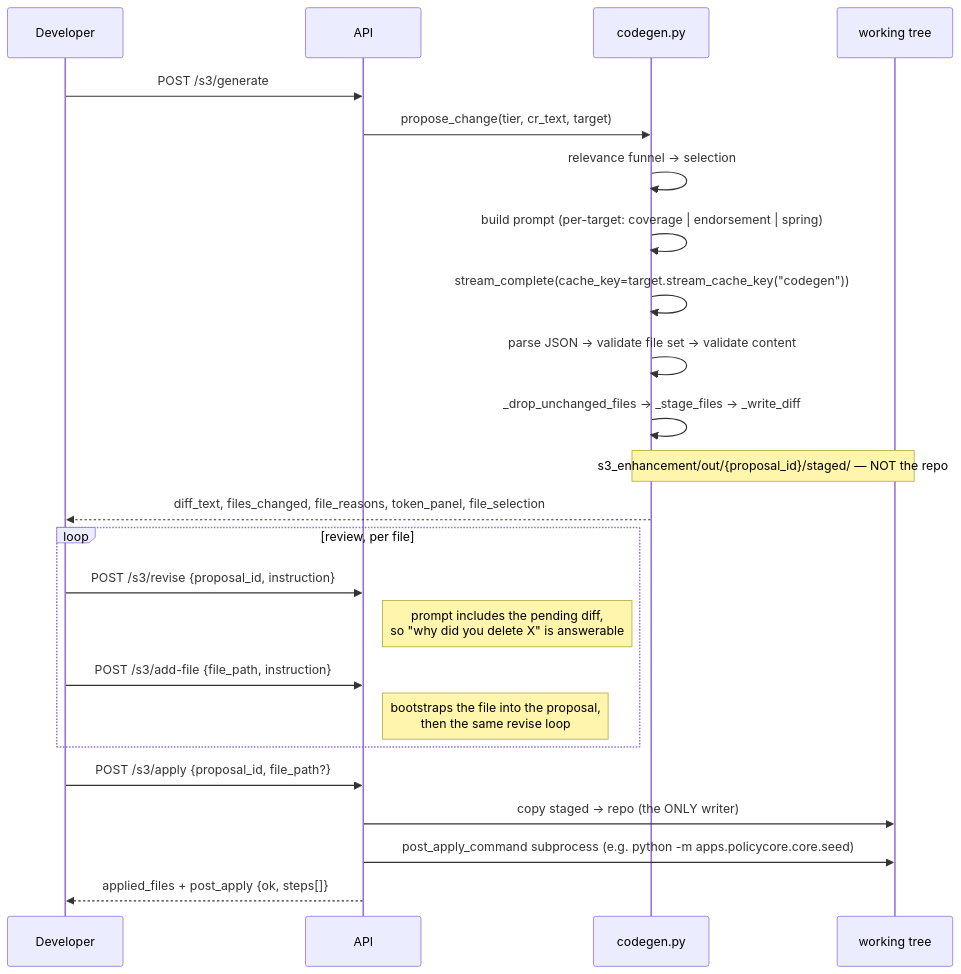
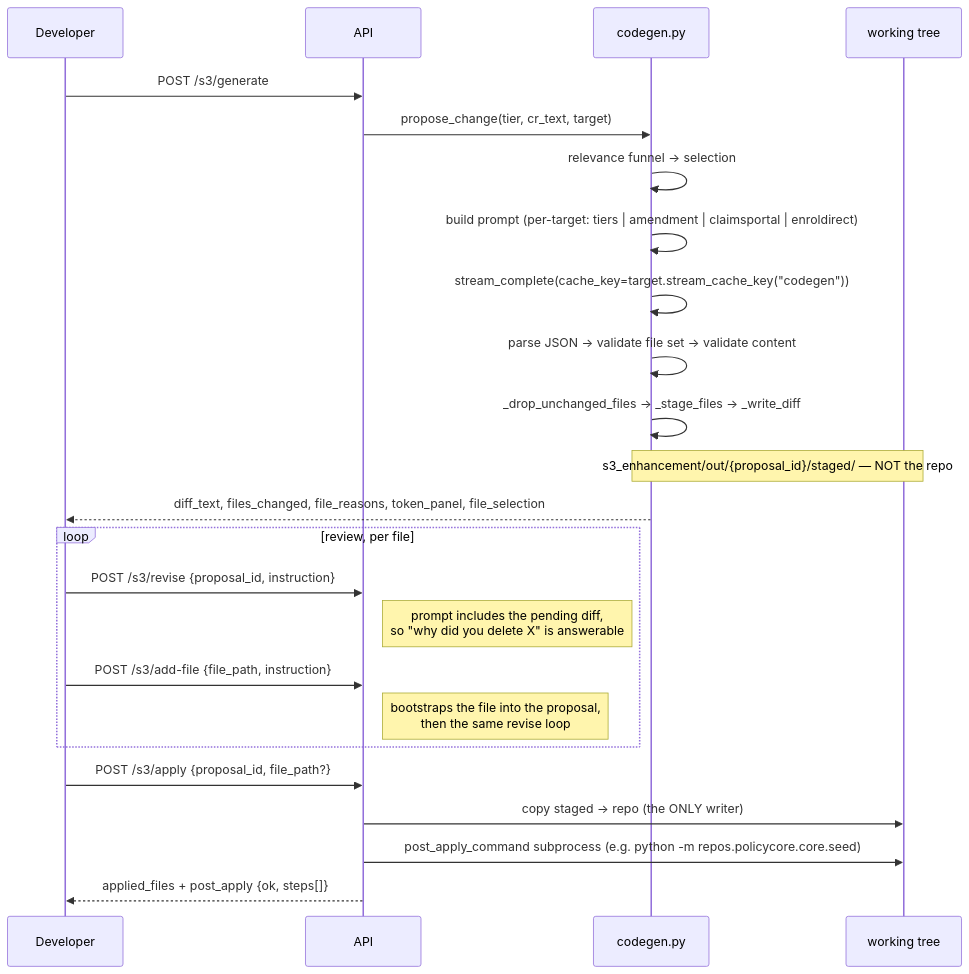
One commit to AlanLands/ams-s3-demo changed the fifth of 5 diagrams in docs/design/S3_DESIGN.md. Above: the diagram before and after it, drawn with Mermaid. The commit also changed other lines of this file and 308 other files, not shown here.

````diff
--- a/docs/design/S3_DESIGN.md
+++ b/docs/design/S3_DESIGN.md
@@ -530,29 +611,29 @@
 ```mermaid
 sequenceDiagram
   participant D as Developer
   participant API
   participant CG as codegen.py
   participant FS as working tree
 
   D->>API: POST /s3/generate
   API->>CG: propose_change(tier, cr_text, target)
   CG->>CG: relevance funnel → selection
-  CG->>CG: build prompt (per-target: coverage | endorsement | spring)
+  CG->>CG: build prompt (per-target: tiers | amendment | claimsportal | enroldirect)
   CG->>CG: stream_complete(cache_key=target.stream_cache_key("codegen"))
   CG->>CG: parse JSON → validate file set → validate content
   CG->>CG: _drop_unchanged_files → _stage_files → _write_diff
   Note over CG,FS: s3_enhancement/out/{proposal_id}/staged/ — NOT the repo
   CG-->>D: diff_text, files_changed, file_reasons, token_panel, file_selection
 
   loop review, per file
     D->>API: POST /s3/revise {proposal_id, instruction}
     Note right of API: prompt includes the pending diff,<br/>so "why did you delete X" is answerable
     D->>API: POST /s3/add-file {file_path, instruction}
     Note right of API: bootstraps the file into the proposal,<br/>then the same revise loop
   end
 
   D->>API: POST /s3/apply {proposal_id, file_path?}
   API->>FS: copy staged → repo (the ONLY writer)
-  API->>FS: post_apply_command subprocess (e.g. python -m apps.policycore.core.seed)
+  API->>FS: post_apply_command subprocess (e.g. python -m repos.policycore.core.seed)
   API-->>D: applied_files + post_apply {ok, steps[]}
 ```
````
